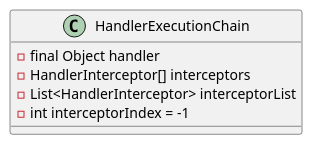
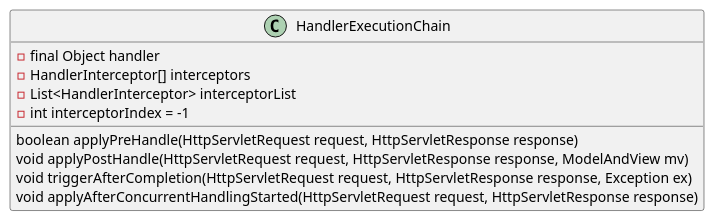
The diagram in 20-framework/src/spring/spring-webmvc/HandlerExecutionChain.md (onlyonion/development), drawn with PlantUML before and after one commit. The commit also changed 72 other files, not shown here.

````diff
--- a/20-framework/src/spring/spring-webmvc/HandlerExecutionChain.md
+++ b/20-framework/src/spring/spring-webmvc/HandlerExecutionChain.md
@@ -7,12 +7,16 @@
 ```plantuml
 @startuml
 
 class HandlerExecutionChain {
 	- final Object handler
 	- HandlerInterceptor[] interceptors
 	- List<HandlerInterceptor> interceptorList
 	- int interceptorIndex = -1
+	boolean applyPreHandle(HttpServletRequest request, HttpServletResponse response)
+	void applyPostHandle(HttpServletRequest request, HttpServletResponse response, ModelAndView mv)
+	void triggerAfterCompletion(HttpServletRequest request, HttpServletResponse response, Exception ex)
+	void applyAfterConcurrentHandlingStarted(HttpServletRequest request, HttpServletResponse response)
 }
 
 @enduml
 ```
````
